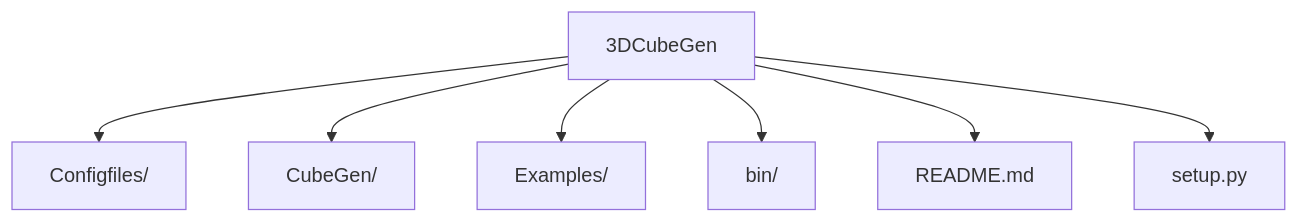
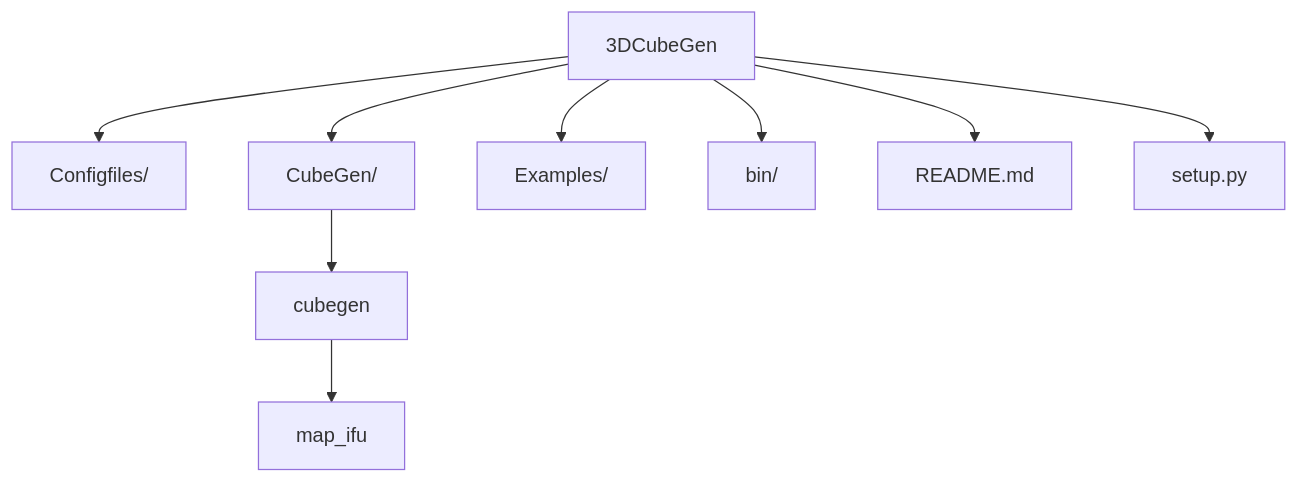
The diagram in README.md (hjibarram/3DCubeGen), drawn with Mermaid before and after one commit.

````diff
--- a/README.md
+++ b/README.md
@@ -3,9 +3,11 @@
 ```mermaid
 graph TD
     A[3DCubeGen] --> B[Configfiles/]
     A --> C[CubeGen/]
     A --> D[Examples/]
     A --> E[bin/]
     A --> F[README.md]
     A --> G[setup.py]
+    C --> C1[cubegen]
+    C1 --> C2[map_ifu]
 ```
````
